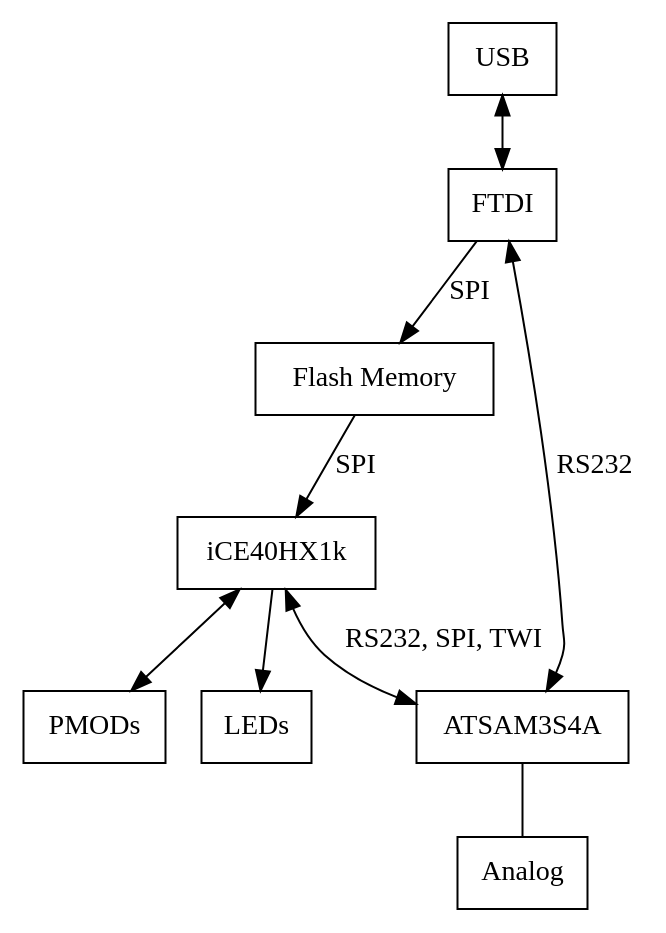
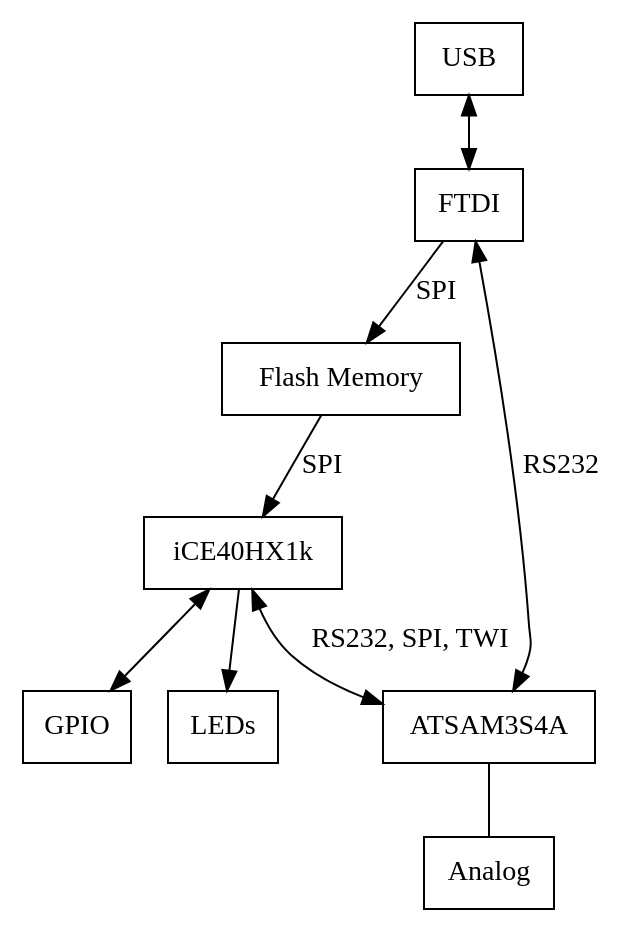
Before and after one commit to boxyoman/tinz: the diagram in block/tinz-block-design.dot, drawn with Graphviz. The commit also changed 1 other file, not shown here.

Commit message:
PMOD changed to GPIO.

```diff
--- a/block/tinz-block-design.dot
+++ b/block/tinz-block-design.dot
@@ -1,22 +1,22 @@
 /* Block design of the TINZ Eval Board. */
 /* To view it, install Graphviz and run the command:
    dot -T png -O tinz-block-design.dot */
 
 strict digraph G {
 	USB [shape=box]
 	USB_Controller [shape=box,label="FTDI"]
 	Flash [shape=box, label="Flash Memory"]
 	iCE  [shape=box, size="5,6",label="iCE40HX1k"]
 	MCU [shape=box,label="ATSAM3S4A"]
-	PMODs [shape=box]
+	GPIO [shape=box]
 	LEDs [shape=box]
 	Analog [shape=box]
 	USB -> USB_Controller [dir=both]
 	USB_Controller -> Flash[label="SPI"]
   Flash -> iCE [label="SPI"]
 	USB_Controller -> MCU [label="RS232",dir=both]
   iCE -> MCU [dir=both, label="RS232, SPI, TWI"]
-	iCE -> PMODs [dir=both]
+	iCE -> GPIO [dir=both]
 	iCE -> LEDs
 	MCU -> Analog [arrowhead=none]
 }
```
